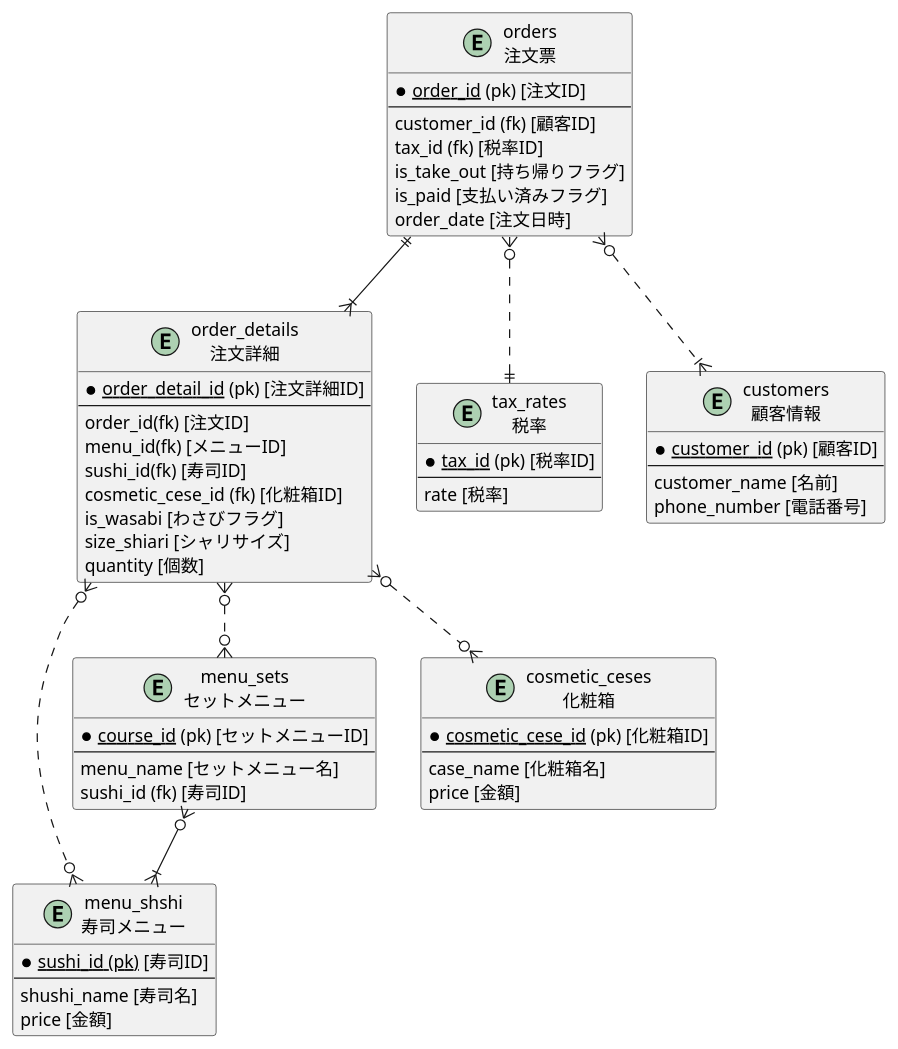
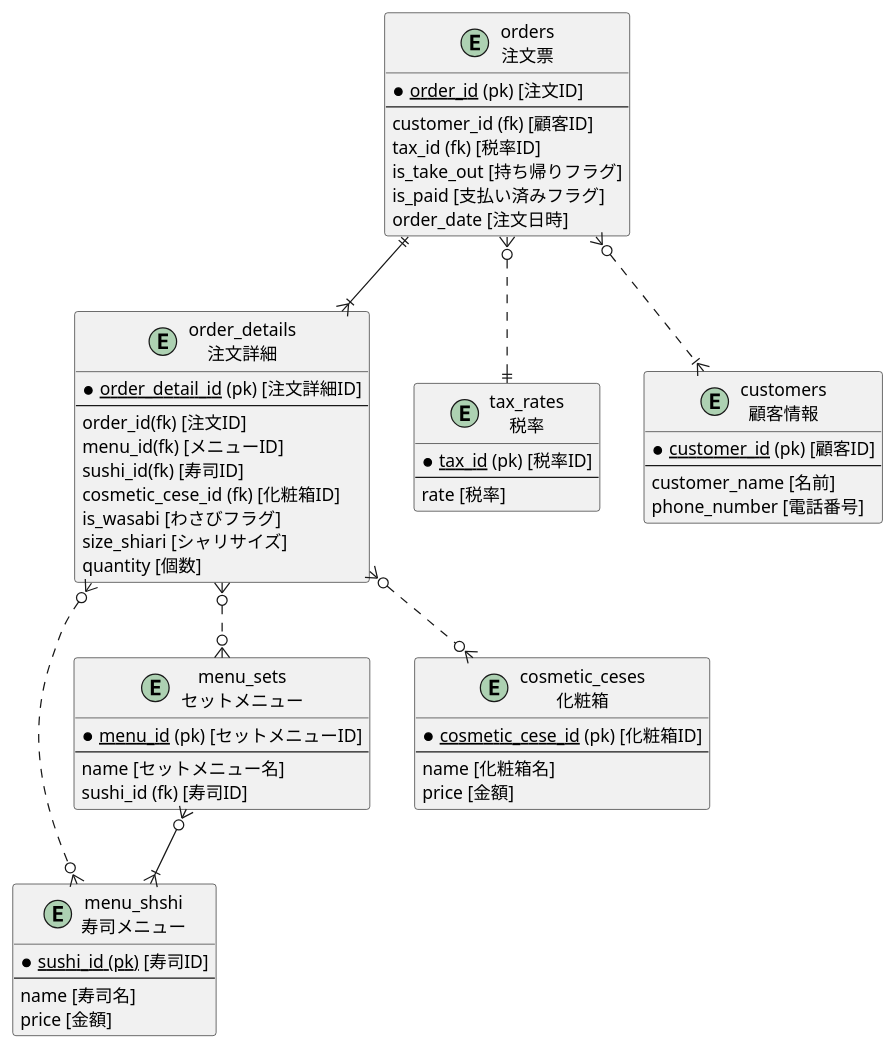
Before and after one commit to praha-inc/praha-challenge-7: the diagram in LNyxHj7XnmM4KR/DB_Modeling/DBモデリング1/課題2/UML.pu, drawn with PlantUML.

Commit message:
[add]DBモデリング1_課題2

```diff
--- a/LNyxHj7XnmM4KR/DB_Modeling/DBモデリング1/課題2/UML.pu
+++ b/LNyxHj7XnmM4KR/DB_Modeling/DBモデリング1/課題2/UML.pu
@@ -1,77 +1,77 @@
 @startuml
 
 entity orders as "orders\n注文票" {
   * <u>order_id</u> (pk) [注文ID]
   --
   customer_id (fk) [顧客ID]
   tax_id (fk) [税率ID]
   is_take_out [持ち帰りフラグ]
   is_paid [支払い済みフラグ]
   order_date [注文日時]
 }
 
 entity order_details as "order_details\n注文詳細" {
   * <u>order_detail_id</u> (pk) [注文詳細ID]
   --
   order_id(fk) [注文ID]
   menu_id(fk) [メニューID]
   sushi_id(fk) [寿司ID]
   cosmetic_cese_id (fk) [化粧箱ID]
   is_wasabi [わさびフラグ]
   size_shiari [シャリサイズ]
   quantity [個数]
 }
 
 entity menu_shshi as "menu_shshi\n寿司メニュー" {
   * <u>sushi_id (pk)</u> [寿司ID]
   --
-  shushi_name [寿司名]
+  name [寿司名]
   price [金額]
 }
 
 entity menu_sets as "menu_sets\nセットメニュー" {
-  * <u>course_id</u> (pk) [セットメニューID]
+  * <u>menu_id</u> (pk) [セットメニューID]
   --
-  menu_name [セットメニュー名]
+  name [セットメニュー名]
   sushi_id (fk) [寿司ID]
 }
 
 
 entity cosmetic_ceses as "cosmetic_ceses\n化粧箱" {
   * <u>cosmetic_cese_id</u> (pk) [化粧箱ID]
   --
-  case_name [化粧箱名]
+  name [化粧箱名]
   price [金額]
 }
 
 entity tax_rates as "tax_rates\n税率" {
   * <u>tax_id</u> (pk) [税率ID]
   --
   rate [税率]
 }
 
 entity customers as "customers\n顧客情報" {
   * <u>customer_id</u> (pk) [顧客ID]
   --
   customer_name [名前]
   phone_number [電話番号]
 }
 
 orders ||--|{ order_details
 orders }o..|| tax_rates
 orders }o..|{ customers
 order_details }o..o{ menu_sets
 order_details }o..o{ menu_shshi
 order_details }o..o{ cosmetic_ceses
 menu_sets }o--|{ menu_shshi
 
 ' 1 対 0 または 1
 '   users ||..o| user_details
 ' 1 対 1
 '   users ||..|| user_details
 ' 1 対 0 以上
 '   users ||..o{ user_items
 ' 1 対 1 以上
 '   users ||..|{ user_items
 
 @enduml
```
